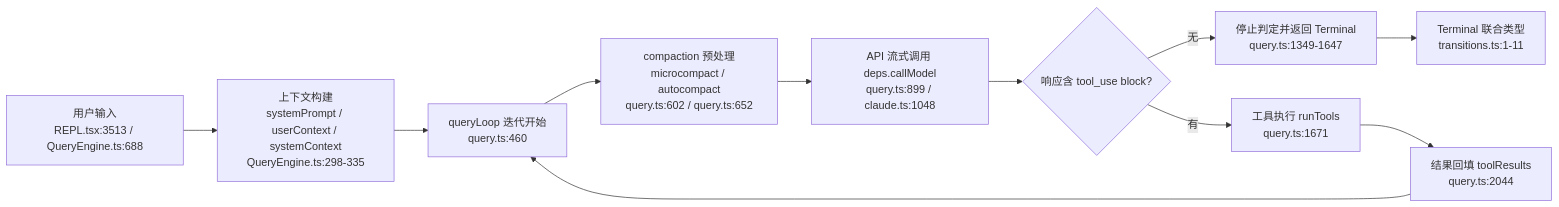
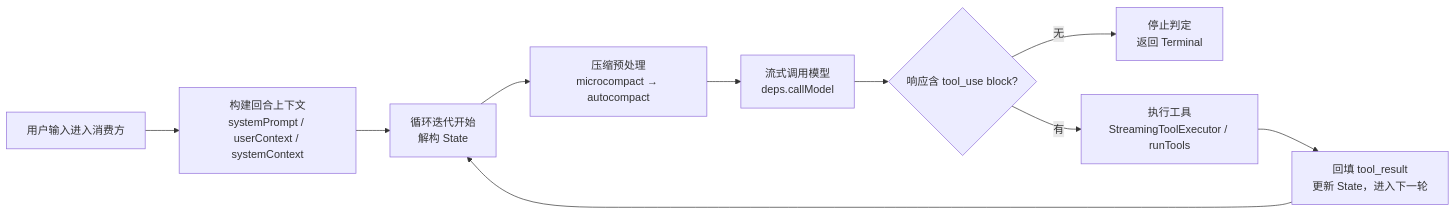
Before and after one commit to c926694/obsidian_note: the first of 4 diagrams in agent/learn-cc/loop.md, drawn with Mermaid. The commit also changed other lines of this file and 6 other files, not shown here.

````diff
--- a/agent/learn-cc/loop.md
+++ b/agent/learn-cc/loop.md
@@ -9,13 +15,12 @@
 ```mermaid
 flowchart LR
-    A["用户输入<br/>REPL.tsx:3513 / QueryEngine.ts:688"] --> B["上下文构建<br/>systemPrompt / userContext / systemContext<br/>QueryEngine.ts:298-335"]
-    B --> C["queryLoop 迭代开始<br/>query.ts:460"]
-    C --> D["compaction 预处理<br/>microcompact / autocompact<br/>query.ts:602 / query.ts:652"]
-    D --> E["API 流式调用 deps.callModel<br/>query.ts:899 / claude.ts:1048"]
+    A["用户输入进入消费方"] --> B["构建回合上下文<br/>systemPrompt / userContext / systemContext"]
+    B --> C["循环迭代开始<br/>解构 State"]
+    C --> D["压缩预处理<br/>microcompact → autocompact"]
+    D --> E["流式调用模型<br/>deps.callModel"]
     E --> F{"响应含 tool_use block?"}
-    F -->|"无"| G["停止判定并返回 Terminal<br/>query.ts:1349-1647"]
-    F -->|"有"| H["工具执行 runTools<br/>query.ts:1671"]
-    H --> I["结果回填 toolResults<br/>query.ts:2044"]
+    F -->|"无"| G["停止判定<br/>返回 Terminal"]
+    F -->|"有"| H["执行工具<br/>StreamingToolExecutor / runTools"]
+    H --> I["回填 tool_result<br/>更新 State，进入下一轮"]
     I --> C
-    G --> J["Terminal 联合类型<br/>transitions.ts:1-11"]
 ```
````
